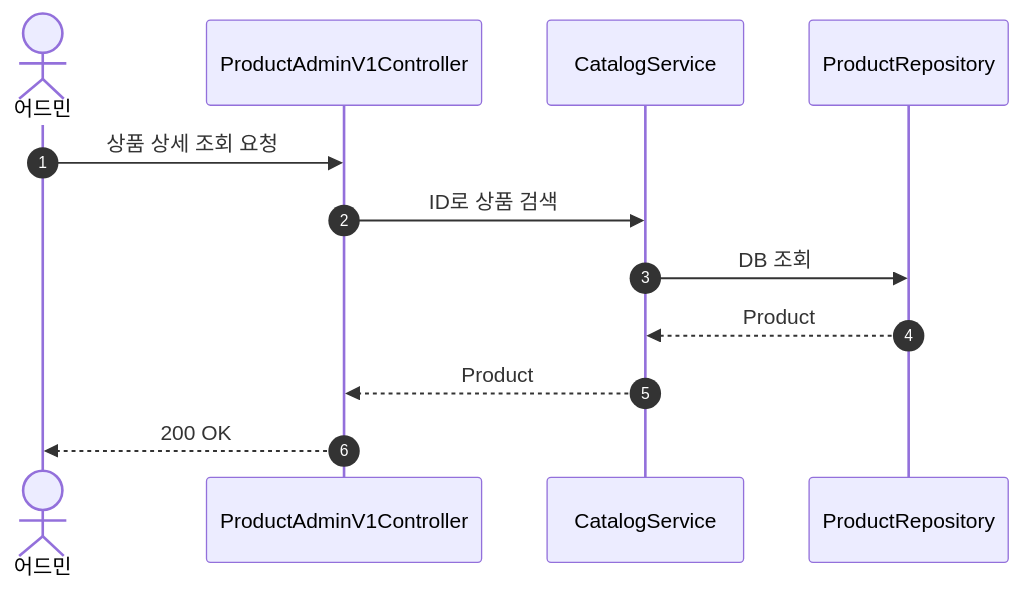
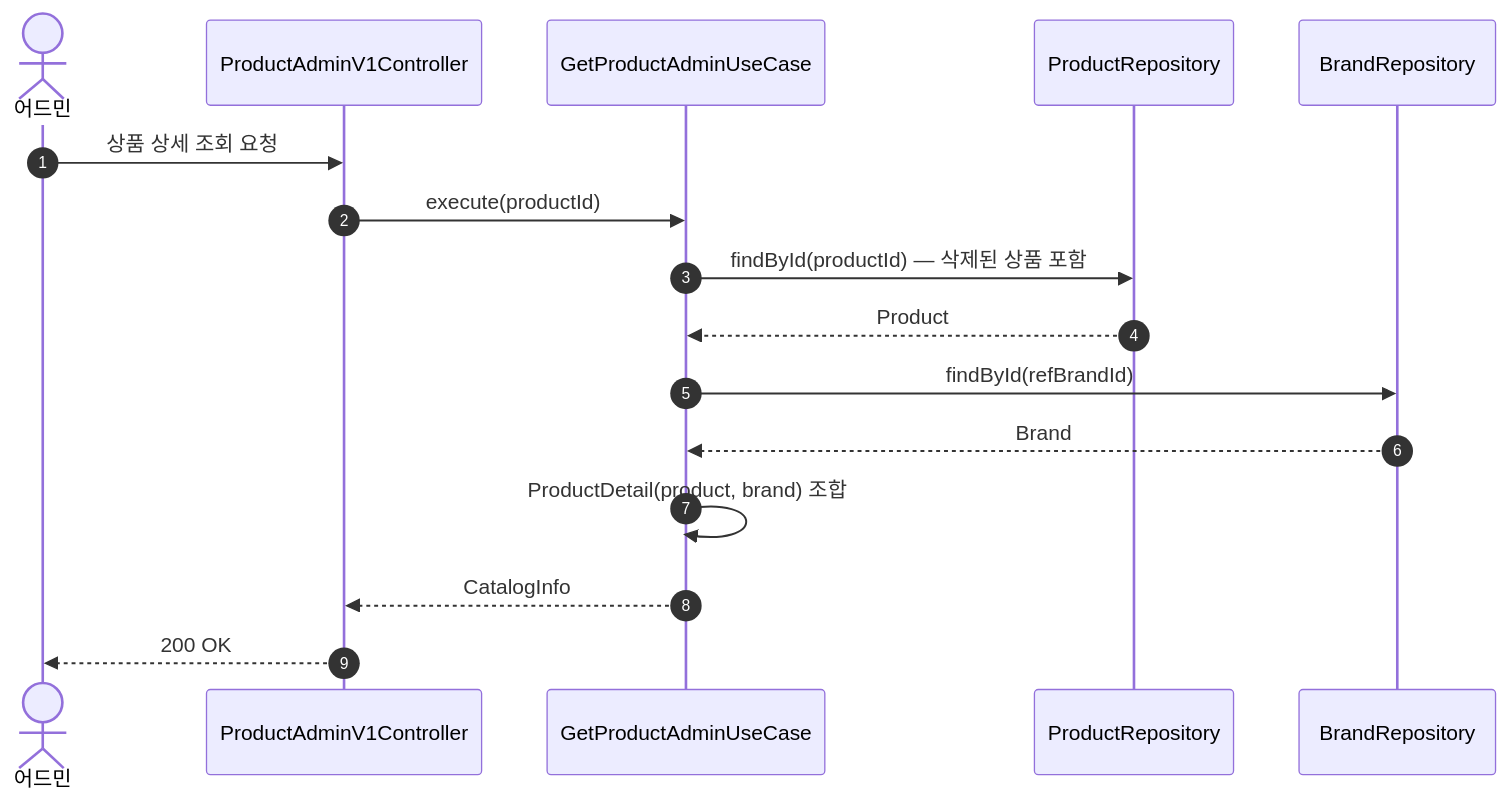
One commit to Loopers-dev-lab/loop-pack-be-l2-vol3-kotlin changed diagram 11 of 26 in docs/design/02-sequence-diagrams.md. Above: the diagram before and after it, drawn with Mermaid. The commit also changed other lines of this file and 6 other files, not shown here.

First line of the commit message:
docs: 설계 문서 최신화 — Facade/Service → UseCase 패턴 반영

````diff
--- a/docs/design/02-sequence-diagrams.md
+++ b/docs/design/02-sequence-diagrams.md
@@ -289,14 +292,18 @@
 ```mermaid
 sequenceDiagram
     autonumber
     actor Admin as 어드민
     participant C as ProductAdminV1Controller
-    participant S as CatalogService
-    participant R as ProductRepository
+    participant UC as GetProductAdminUseCase
+    participant PR as ProductRepository
+    participant BR as BrandRepository
     Admin ->> C: 상품 상세 조회 요청
-    C ->> S: ID로 상품 검색
-    S ->> R: DB 조회
-    R -->> S: Product
-    S -->> C: Product
+    C ->> UC: execute(productId)
+    UC ->> PR: findById(productId) — 삭제된 상품 포함
+    PR -->> UC: Product
+    UC ->> BR: findById(refBrandId)
+    BR -->> UC: Brand
+    UC ->> UC: ProductDetail(product, brand) 조합
+    UC -->> C: CatalogInfo
     C -->> Admin: 200 OK
 ```
````
